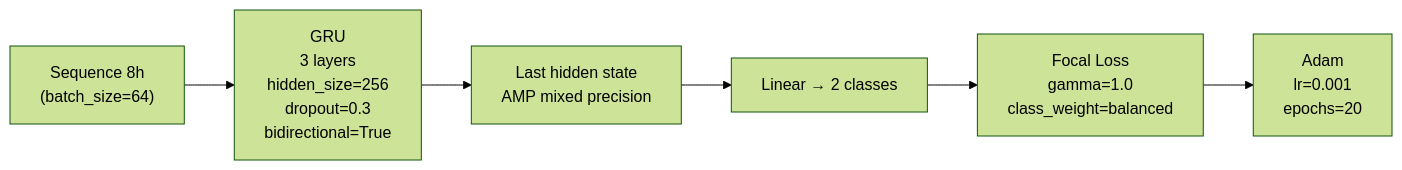
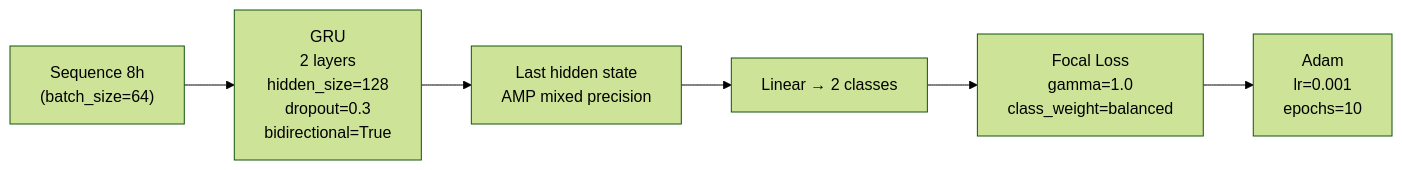
Before and after one commit to ultimateBroK/thesis-compact: the second of 6 diagrams in docs/model-training.md, drawn with Mermaid (forest theme). The commit also changed other lines of this file and 7 other files, not shown here.

````diff
--- a/docs/model-training.md
+++ b/docs/model-training.md
@@ -77,8 +77,8 @@
 ```mermaid
 flowchart LR
-    A["Sequence 8h<br/>(batch_size=64)"] --> B["GRU<br/>3 layers<br/>hidden_size=256<br/>dropout=0.3<br/>bidirectional=True"]
+    A["Sequence 8h<br/>(batch_size=64)"] --> B["GRU<br/>2 layers<br/>hidden_size=128<br/>dropout=0.3<br/>bidirectional=True"]
     B --> C["Last hidden state<br/>AMP mixed precision"]
     C --> D["Linear → 2 classes"]
     D --> E["Focal Loss<br/>gamma=1.0<br/>class_weight=balanced"]
-    E --> F["Adam<br/>lr=0.001<br/>epochs=20"]
+    E --> F["Adam<br/>lr=0.001<br/>epochs=10"]
 ```
````
